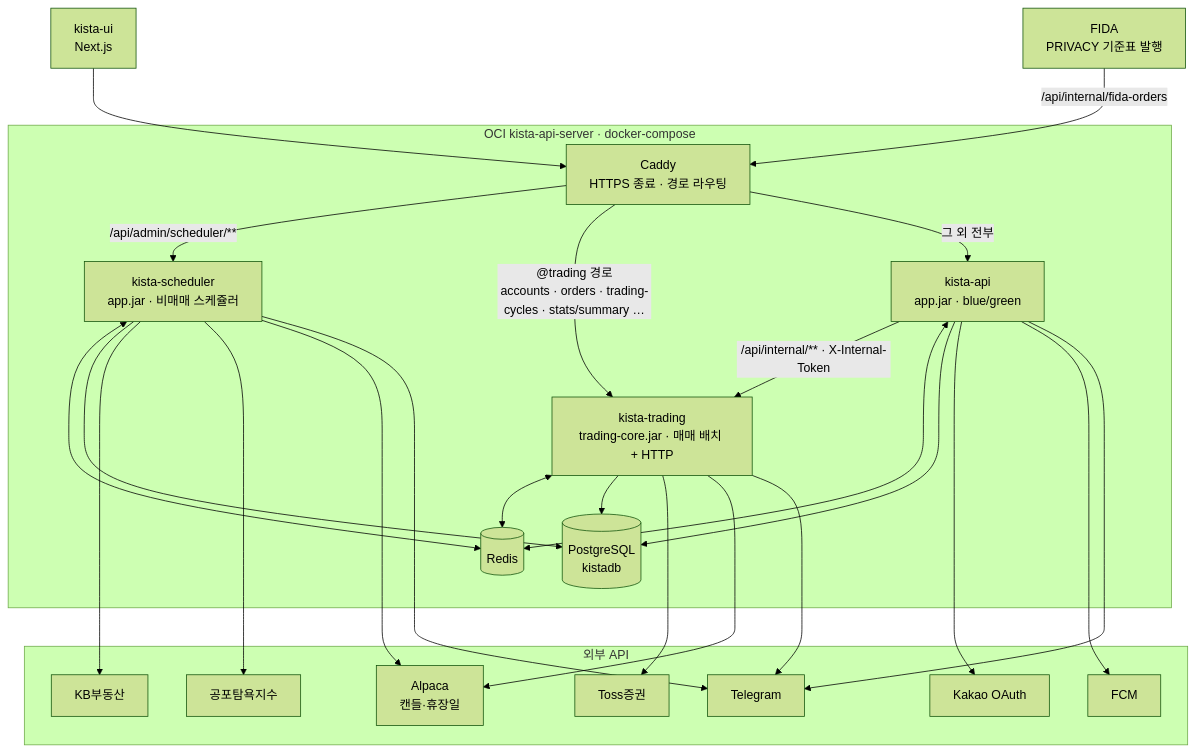
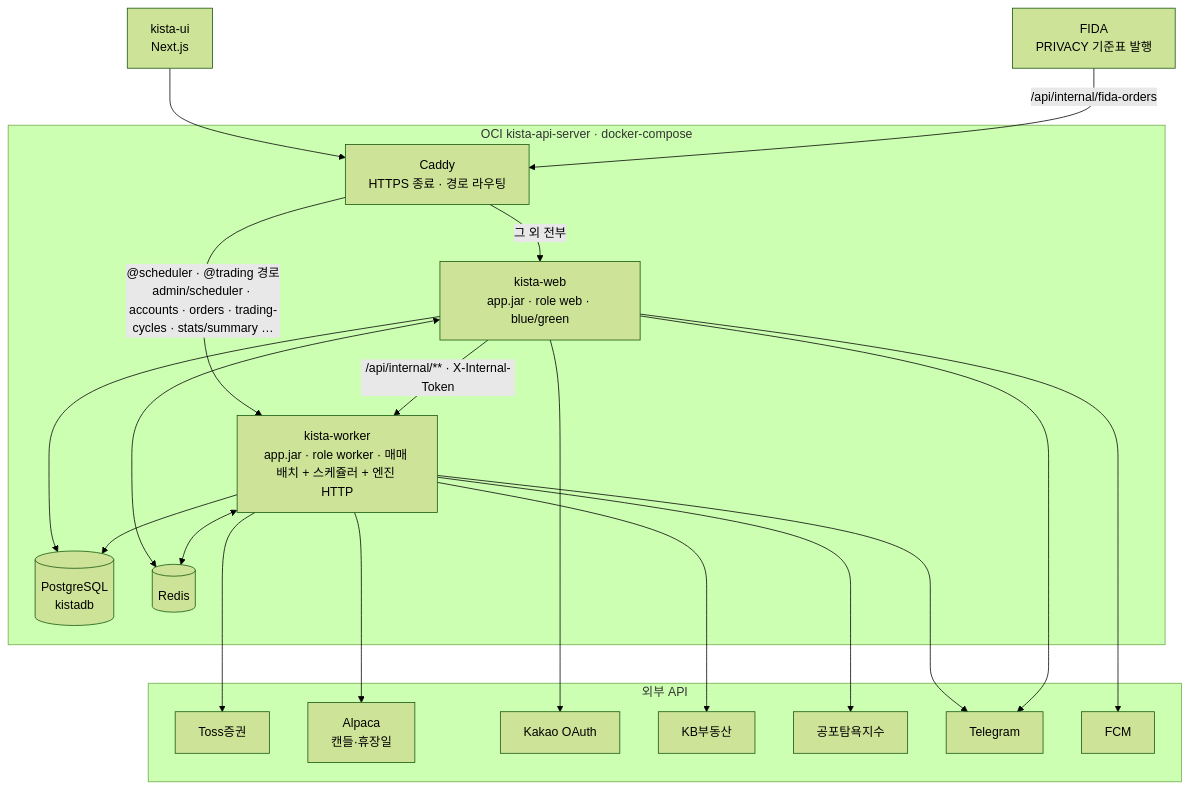
The first of 5 diagrams in docs/architecture-map.md (narafu/kista-api), drawn with Mermaid (forest theme) before and after one commit. The commit also changed other lines of this file and 20 other files, not shown here.

First line of the commit message:
docs: 한 애플리케이션·2 role 구조로 문서를 맞춘다 (05 M)

````diff
--- a/docs/architecture-map.md
+++ b/docs/architecture-map.md
@@ -16,40 +16,36 @@
 ```mermaid
 flowchart TB
     UI["kista-ui<br/>Next.js"]
     FIDA["FIDA<br/>PRIVACY 기준표 발행"]
 
     subgraph OCI["OCI kista-api-server · docker-compose"]
         CADDY["Caddy<br/>HTTPS 종료 · 경로 라우팅"]
-        API["kista-api<br/>app.jar · blue/green"]
-        SCH["kista-scheduler<br/>app.jar · 비매매 스케쥴러"]
-        TRD["kista-trading<br/>trading-core.jar · 매매 배치 + HTTP"]
+        WEB["kista-web<br/>app.jar · role web · blue/green"]
+        WRK["kista-worker<br/>app.jar · role worker · 매매 배치 + 스케쥴러 + 엔진 HTTP"]
         PG[("PostgreSQL<br/>kistadb")]
         RD[("Redis")]
     end
 
     subgraph EXT["외부 API"]
         TOSS["Toss증권"]
         ALPACA["Alpaca<br/>캔들·휴장일"]
         KAKAO["Kakao OAuth"]
         KB["KB부동산"]
         FG["공포탐욕지수"]
         TG["Telegram"]
         FCM["FCM"]
     end
 
     UI --> CADDY
     FIDA -->|"/api/internal/fida-orders"| CADDY
-    CADDY -->|"/api/admin/scheduler/**"| SCH
-    CADDY -->|"@trading 경로<br/>accounts · orders · trading-cycles · stats/summary …"| TRD
-    CADDY -->|"그 외 전부"| API
+    CADDY -->|"@scheduler · @trading 경로<br/>admin/scheduler · accounts · orders · trading-cycles · stats/summary …"| WRK
+    CADDY -->|"그 외 전부"| WEB
 
-    API -->|"/api/internal/** · X-Internal-Token"| TRD
-    API & SCH & TRD <--> RD
-    API & SCH --> PG
-    TRD --> PG
+    WEB -->|"/api/internal/** · X-Internal-Token"| WRK
+    WEB & WRK <--> RD
+    WEB & WRK --> PG
 
-    %% 외부 API를 맨 아래 한 줄에 놓으려고 화살표 길이(-)로 rank를 맞춘다: API·SCH는 rank 2, TRD는 rank 3
-    TRD ---> TOSS & ALPACA & TG
-    API ----> KAKAO & FCM & TG
-    SCH ----> KB & FG & ALPACA & TG
+    %% 외부 API를 맨 아래 한 줄에 놓으려고 화살표 길이(-)로 rank를 맞춘다
+    WRK ---> TOSS & ALPACA & TG & KB & FG
+    WEB ---> KAKAO & FCM & TG
 ```
````
